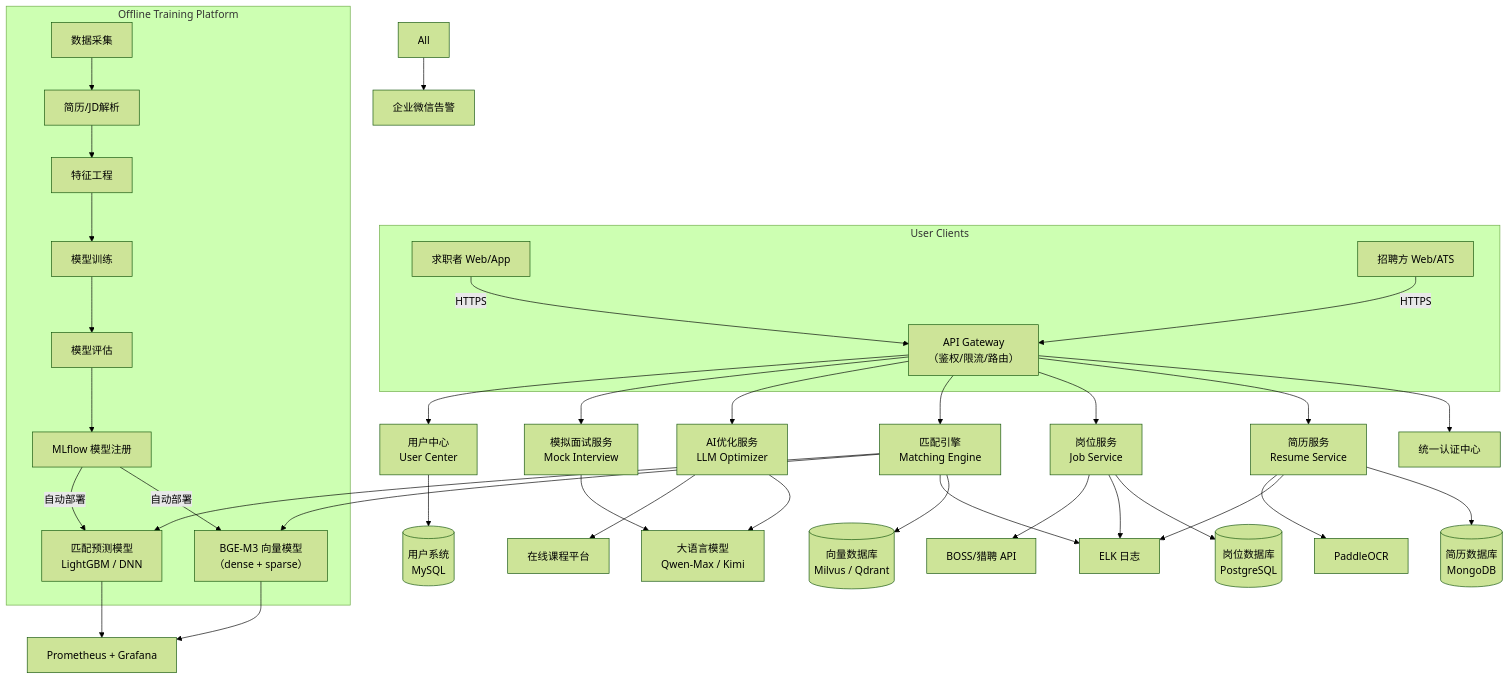
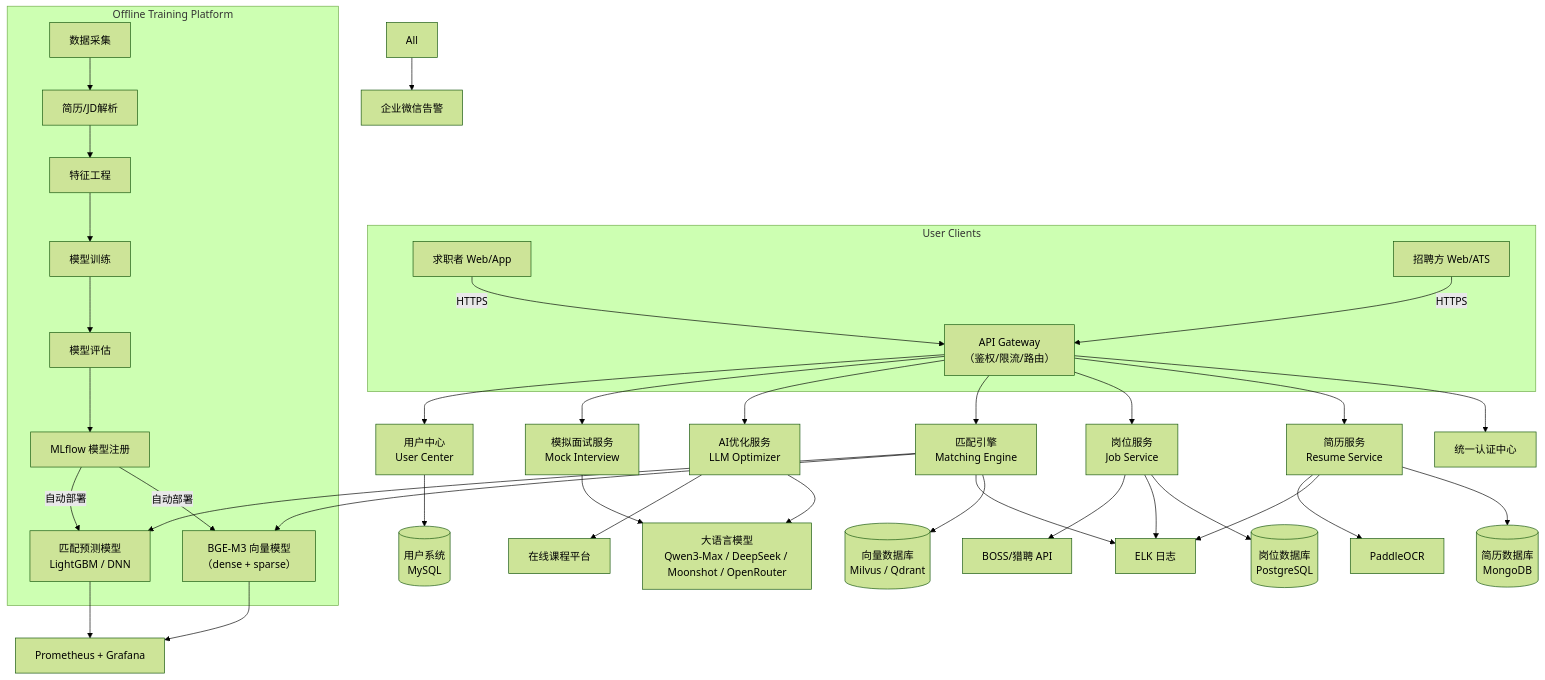
The second of 3 diagrams in docs/架构设计.md (xyrlix/resume_screening_system), drawn with Mermaid (forest theme) before and after one commit. The commit also changed other lines of this file and 4 other files, not shown here.

````diff
--- a/docs/架构设计.md
+++ b/docs/架构设计.md
@@ -61,50 +61,50 @@
 ```mermaid
 graph TD
 %% ========== 用户端 ==========
 subgraph User Clients
   J[求职者 Web/App] -->|HTTPS| API_GW
   R[招聘方 Web/ATS] -->|HTTPS| API_GW
 end
 
 %% ========== API 网关 ==========
 API_GW[API Gateway<br/>（鉴权/限流/路由）] --> Auth[统一认证中心]
 
 %% ========== 核心微服务 ==========
 API_GW --> S1[简历服务<br/>Resume Service]
 API_GW --> S2[岗位服务<br/>Job Service]
 API_GW --> S3[匹配引擎<br/>Matching Engine]
 API_GW --> S4[AI优化服务<br/>LLM Optimizer]
 API_GW --> S5[模拟面试服务<br/>Mock Interview]
 API_GW --> S6[用户中心<br/>User Center]
 
 %% ========== AI 模型层 ==========
 S3 --> M1[BGE-M3 向量模型<br/>（dense + sparse）]
-S4 & S5 --> M2[大语言模型<br/>Qwen-Max / Kimi]
+S4 & S5 --> M2[大语言模型<br/>Qwen3-Max / DeepSeek / Moonshot / OpenRouter]
 S3 --> M3[匹配预测模型<br/>LightGBM / DNN]
 
 %% ========== 数据层 ==========
 S1 --> DB1[(简历数据库<br/>MongoDB)]
 S2 --> DB2[(岗位数据库<br/>PostgreSQL)]
 S3 --> DB3[(向量数据库<br/>Milvus / Qdrant)]
 S6 --> DB4[(用户系统<br/>MySQL)]
 
 %% ========== 离线训练平台 ==========
 subgraph Offline Training Platform
   T1[数据采集] --> T2[简历/JD解析]
   T2 --> T3[特征工程]
   T3 --> T4[模型训练]
   T4 --> T5[模型评估]
   T5 --> T6[MLflow 模型注册]
   T6 -->|自动部署| M1 & M3
 end
 
 %% ========== 监控与运维 ==========
 M1 & M3 --> MON[Prometheus + Grafana]
 S1 & S2 & S3 --> LOG[ELK 日志]
 All --> ALERT[企业微信告警]
 
 %% ========== 第三方集成 ==========
 S1 --> OCR[PaddleOCR]
 S2 --> ATS[BOSS/猎聘 API]
 S4 --> Edu[在线课程平台]
 ```
````
